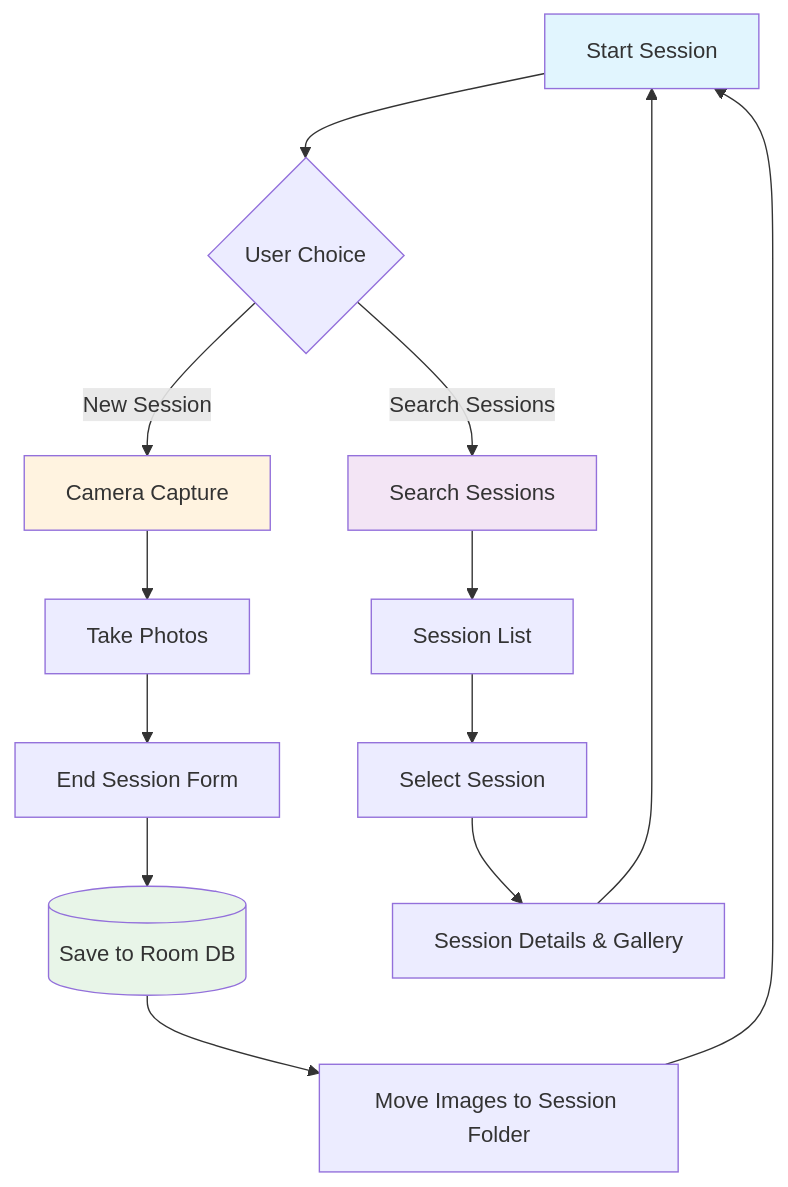
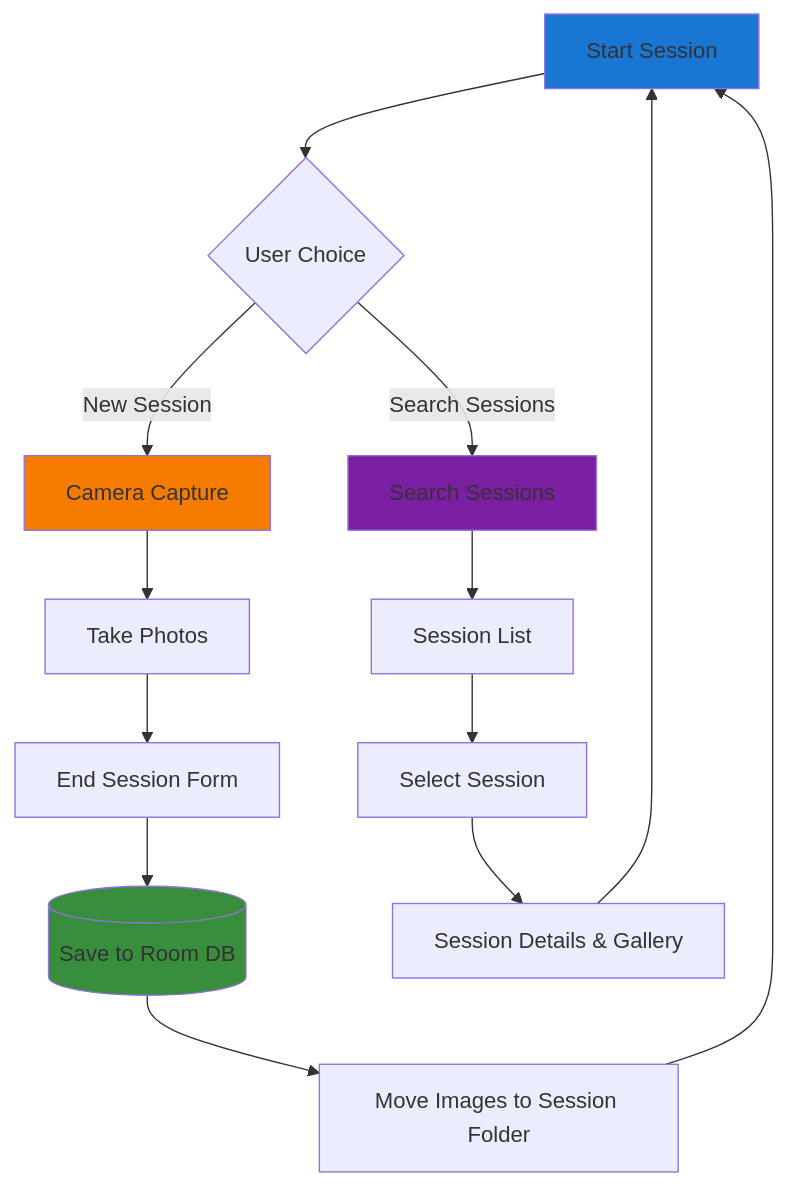
One commit to vaibhavppandey/visident changed the diagram in README.md. Above: the diagram before and after it, drawn with Mermaid. The commit also changed other lines of this file and 1 other file, not shown here.

````diff
--- a/README.md
+++ b/README.md
@@ -181,22 +181,22 @@
 ```mermaid
 graph TD
     A[Start Session] --> B{User Choice}
     B -->|New Session| C[Camera Capture]
     B -->|Search Sessions| D[Search Sessions]
     
     C --> E[Take Photos]
     E --> F[End Session Form]
     F --> G[(Save to Room DB)]
     G --> H[Move Images to Session Folder]
     H --> A
     
     D --> I[Session List]
     I --> J[Select Session]
     J --> K[Session Details & Gallery]
     K --> A
     
-    style A fill:#e1f5fe
-    style C fill:#fff3e0
-    style D fill:#f3e5f5
-    style G fill:#e8f5e8
+    style A fill:#1976d2
+    style C fill:#f57c00
+    style D fill:#7b1fa2
+    style G fill:#388e3c
 ```
````
